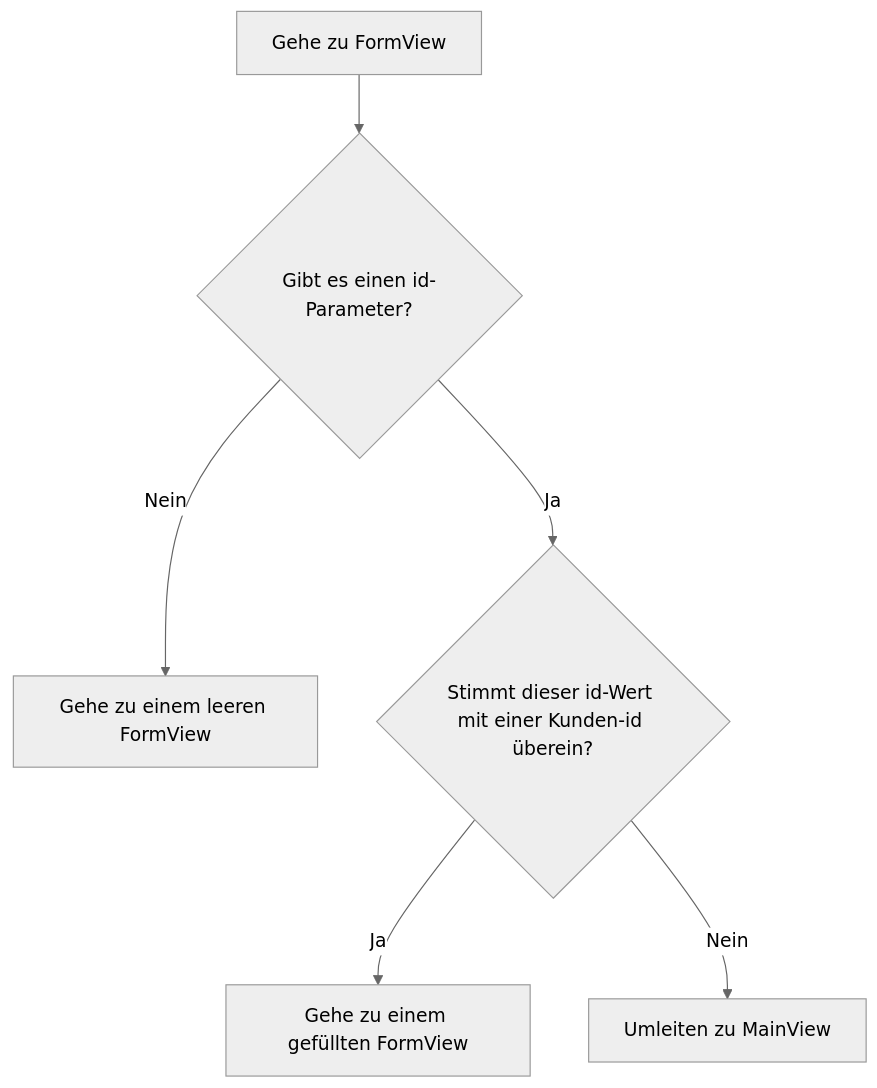
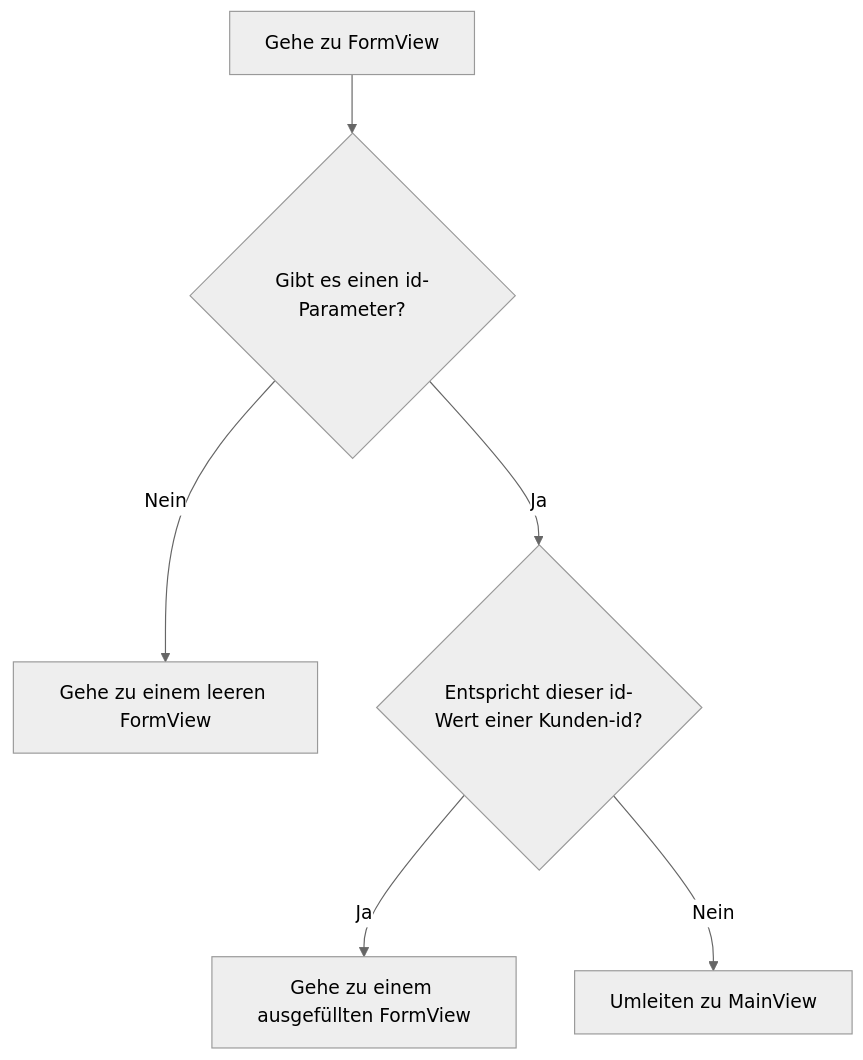
The diagram in docs/i18n/de/docusaurus-plugin-content-docs/current/introduction/tutorial/observers-and-route-parameters.md (webforj/webforj-documentation), drawn with Mermaid (neutral theme) before and after one commit. The commit also changed other lines of this file and 1016 other files, not shown here.

````diff
--- a/docs/i18n/de/docusaurus-plugin-content-docs/current/introduction/tutorial/observers-and-route-parameters.md
+++ b/docs/i18n/de/docusaurus-plugin-content-docs/current/introduction/tutorial/observers-and-route-parameters.md
@@ -72,8 +75,8 @@
 ```mermaid
 flowchart TD
     A[Gehe zu FormView] --> B{Gibt es einen id-Parameter?}
     B -->|Nein| C[Gehe zu einem leeren FormView]
-    B -->|Ja| D{Stimmt dieser id-Wert mit einer Kunden-id überein?}
-    D -->|Ja| E[Gehe zu einem gefüllten FormView]
+    B -->|Ja| D{Entspricht dieser id-Wert einer Kunden-id?}
+    D -->|Ja| E[Gehe zu einem ausgefüllten FormView]
     D -->|Nein| F[Umleiten zu MainView]
 ```
````
